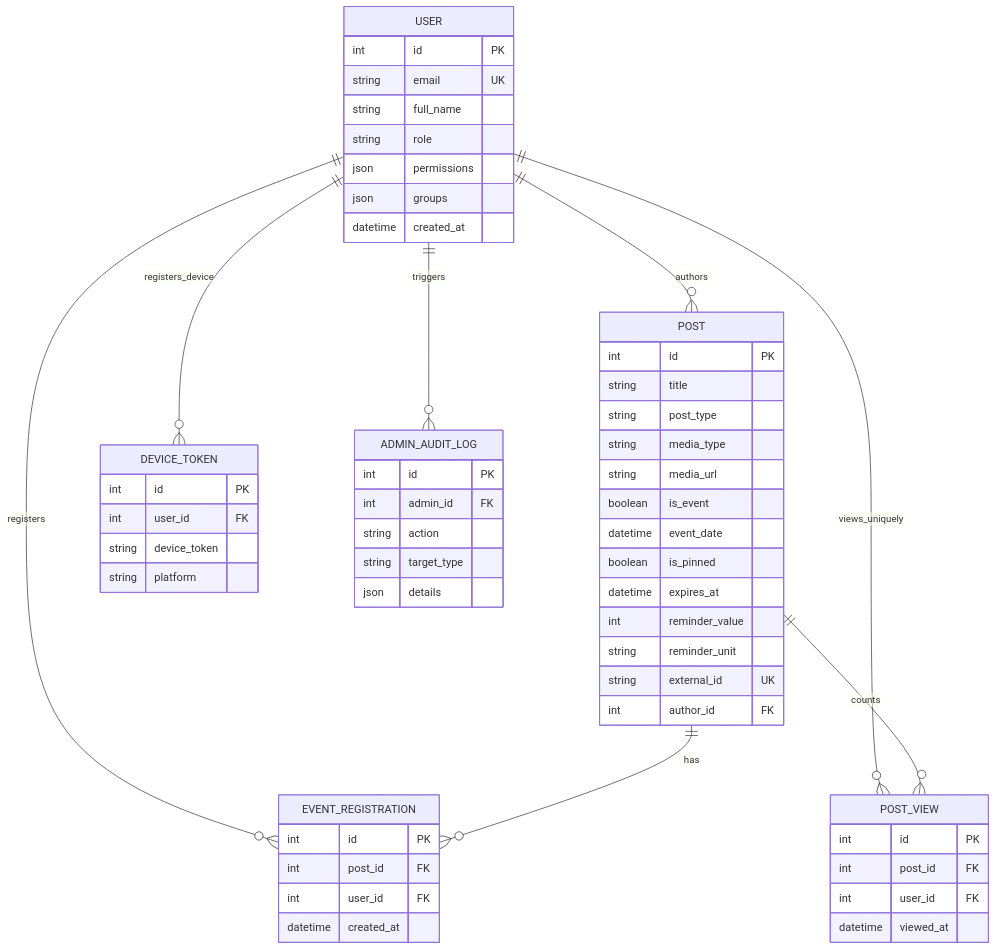
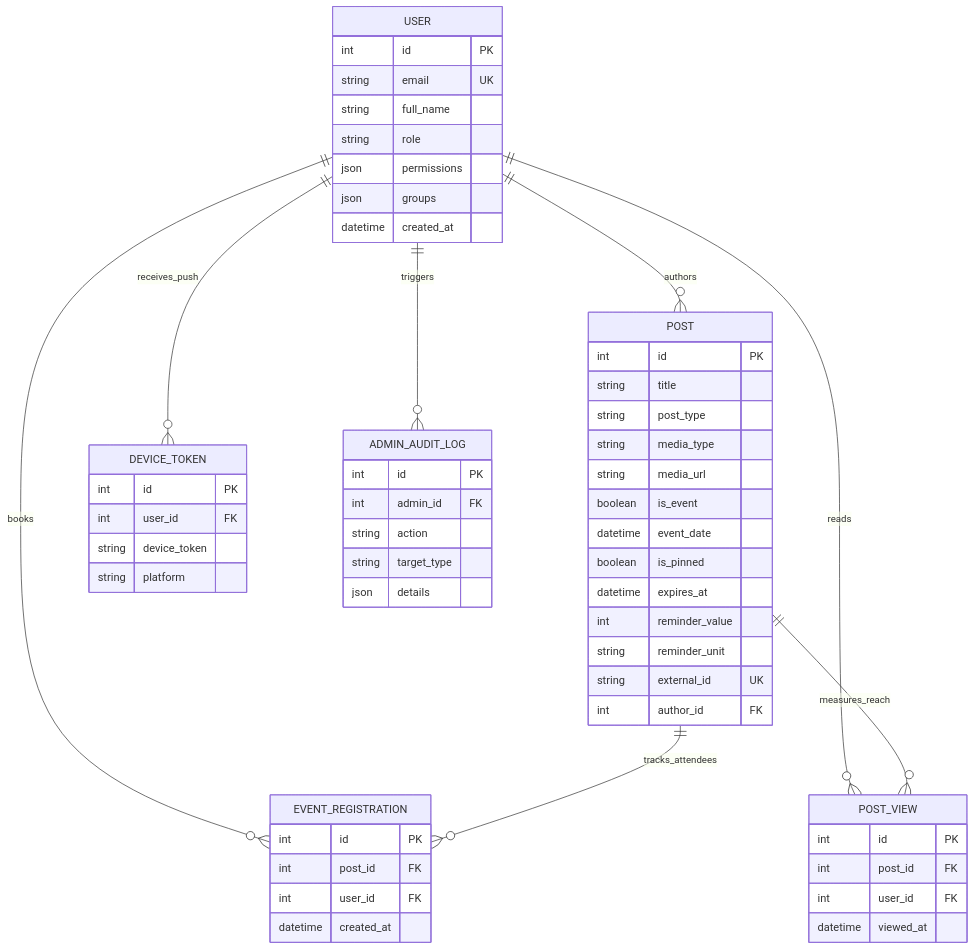
One commit to Pascal-Thommen/pascal-thommen.github.io changed the first of 2 diagrams in content/posts/upa-campus-app-architecture-part-6/index.en.md. Above: the diagram before and after it, drawn with Mermaid. The commit also changed other lines of this file and 25 other files, not shown here.

````diff
--- a/content/posts/upa-campus-app-architecture-part-6/index.en.md
+++ b/content/posts/upa-campus-app-architecture-part-6/index.en.md
@@ -28,60 +28,60 @@
 ```mermaid
 erDiagram
     USER ||--o{ POST : "authors"
-    USER ||--o{ EVENT_REGISTRATION : "registers"
-    USER ||--o{ POST_VIEW : "views_uniquely"
-    USER ||--o{ DEVICE_TOKEN : "registers_device"
+    USER ||--o{ EVENT_REGISTRATION : "books"
+    USER ||--o{ POST_VIEW : "reads"
+    USER ||--o{ DEVICE_TOKEN : "receives_push"
     USER ||--o{ ADMIN_AUDIT_LOG : "triggers"
-    POST ||--o{ EVENT_REGISTRATION : "has"
-    POST ||--o{ POST_VIEW : "counts"
+    POST ||--o{ EVENT_REGISTRATION : "tracks_attendees"
+    POST ||--o{ POST_VIEW : "measures_reach"
 
     USER {
         int id PK
         string email UK
         string full_name
         string role
         json permissions
         json groups
         datetime created_at
     }
     POST {
         int id PK
         string title
         string post_type
         string media_type
         string media_url
         boolean is_event
         datetime event_date
         boolean is_pinned
         datetime expires_at
         int reminder_value
         string reminder_unit
         string external_id UK
         int author_id FK
     }
     EVENT_REGISTRATION {
         int id PK
         int post_id FK
         int user_id FK
         datetime created_at
     }
     POST_VIEW {
         int id PK
         int post_id FK
         int user_id FK
         datetime viewed_at
     }
     DEVICE_TOKEN {
         int id PK
         int user_id FK
         string device_token
         string platform
     }
     ADMIN_AUDIT_LOG {
         int id PK
         int admin_id FK
         string action
         string target_type
         json details
     }
 ```
````
